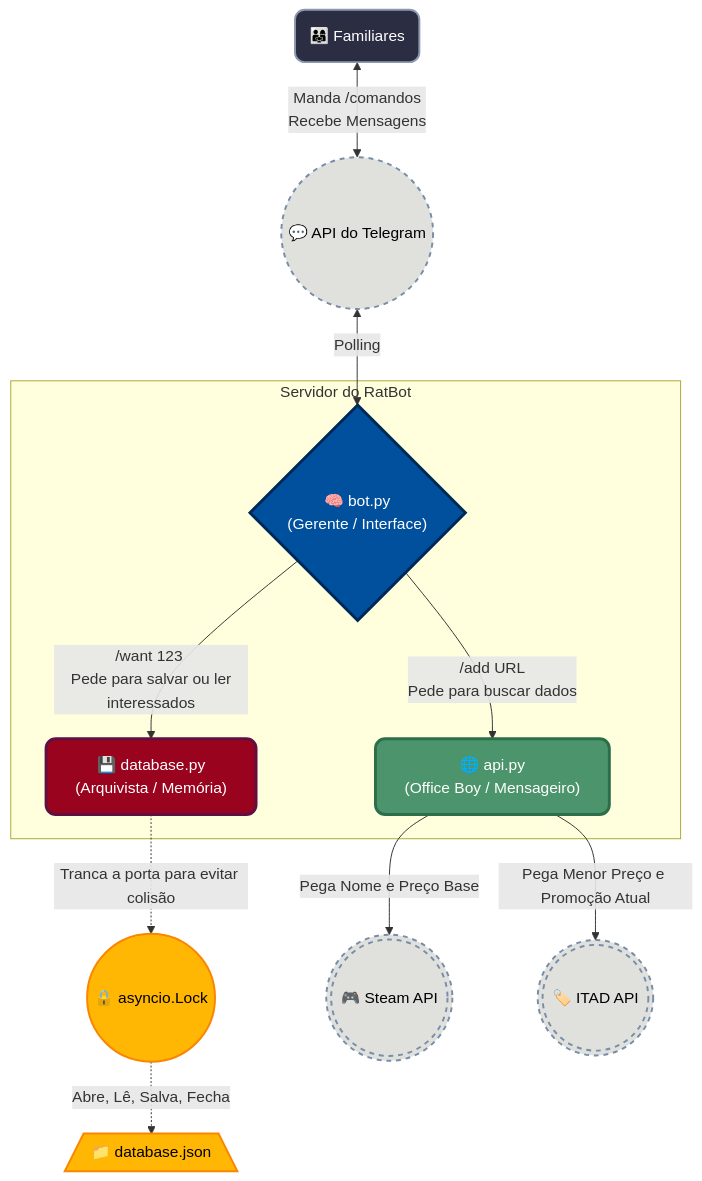
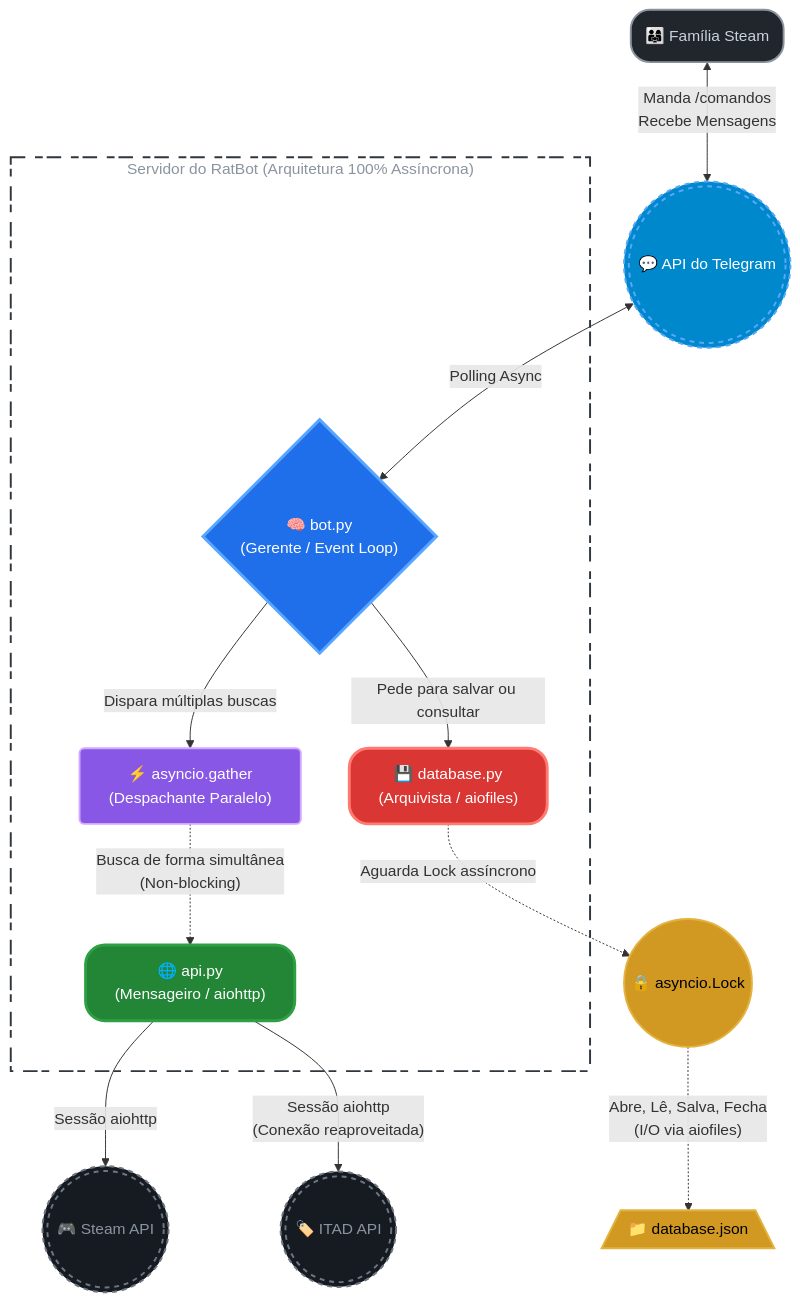
The diagram in README.md (Lplucas/Maushold), drawn with Mermaid before and after one commit. The commit also changed other lines of this file and 6 other files, not shown here.

Commit message:
feat(async): migra I/O e HTTP para aiohttp e aiofiles

````diff
--- a/README.md
+++ b/README.md
@@ -36,45 +36,55 @@
 ```mermaid
 graph TD
-    %% Estilos Globais
-    classDef user fill:#2b2d42,stroke:#8d99ae,stroke-width:2px,color:#fff,rx:10,ry:10
-    classDef bot fill:#00509d,stroke:#002855,stroke-width:3px,color:#fff,rx:10,ry:10
-    classDef api fill:#4c956c,stroke:#2c6e49,stroke-width:3px,color:#fff,rx:10,ry:10
-    classDef db fill:#9a031e,stroke:#5f0f40,stroke-width:3px,color:#fff,rx:10,ry:10
-    classDef external fill:#e0e1dd,stroke:#778da9,stroke-width:2px,color:#000,stroke-dasharray: 5 5,rx:10,ry:10
-    classDef file fill:#ffb703,stroke:#fb8500,stroke-width:2px,color:#000
-    
+    %% Estilos Globais (Otimizados com a Paleta Nativa do GitHub Dark Mode)
+    classDef user fill:#21262d,stroke:#8b949e,stroke-width:2px,color:#c9d1d9,rx:20,ry:20
+    classDef bot fill:#1f6feb,stroke:#58a6ff,stroke-width:3px,color:#ffffff,rx:20,ry:20
+    classDef api fill:#238636,stroke:#2ea043,stroke-width:3px,color:#ffffff,rx:20,ry:20
+    classDef db fill:#da3633,stroke:#ff7b72,stroke-width:3px,color:#ffffff,rx:20,ry:20
+    classDef external fill:#161b22,stroke:#6e7681,stroke-width:2px,color:#8b949e,stroke-dasharray: 5 5,rx:10,ry:10
+    classDef telegrm fill:#0088cc,stroke:#58a6ff,stroke-width:2px,color:#ffffff,stroke-dasharray: 5 5,rx:10,ry:10
+    classDef file fill:#d29922,stroke:#e3b341,stroke-width:2px,color:#000000
+    classDef async fill:#8957e5,stroke:#d2a8ff,stroke-width:2px,color:#ffffff,rx:5,ry:5
+    classDef spacer fill:none,stroke:none,color:transparent
+
     %% Atores e Sistemas
-    User(👨‍👩‍👧 Familiares):::user
-    Telegram((💬 API do Telegram)):::external
+    User(👨‍👩‍👧 Família Steam):::user
+    Telegram(((💬 API do Telegram))):::telegrm
 
     %% Nódulos do Nosso App
-    subgraph APP["Servidor do RatBot"]
-        Manager{"🧠 bot.py\n(Gerente / Interface)"}:::bot
-        Messenger["🌐 api.py\n(Office Boy / Mensageiro)"]:::api
-        Archivist["💾 database.py\n(Arquivista / Memória)"]:::db
+    subgraph APP["Servidor do RatBot (Arquitetura 100% Assíncrona)"]
+        Space[ ]:::spacer
+        Manager{"🧠 bot.py<br>(Gerente / Event Loop)"}:::bot
+        Messenger["🌐 api.py<br>(Mensageiro / aiohttp)"]:::api
+        Archivist["💾 database.py<br>(Arquivista / aiofiles)"]:::db
+        Paralelismo["⚡ asyncio.gather<br>(Despachante Paralelo)"]:::async
+        Space ~~~ Manager
     end
 
     %% Recursos Locais
     Lock((🔒 asyncio.Lock)):::file
     Arquivo[/"📁 database.json"\]:::file
 
     %% Recursos Externos
     Steam(((🎮 Steam API))):::external
     ITAD(((🏷️ ITAD API))):::external
 
     %% Conexões do Usuário
-    User <-->|Manda /comandos\nRecebe Mensagens| Telegram
-    Telegram <-->|Polling| Manager
+    User <-->|"Manda /comandos<br>Recebe Mensagens"| Telegram
+    Telegram <-->|Polling Async| Manager
 
     %% Conexões Internas do App
-    Manager -->|"/add URL" \n Pede para buscar dados| Messenger
-    Manager -->|"/want 123" \n Pede para salvar ou ler interessados| Archivist
+    Manager -->|Dispara múltiplas buscas| Paralelismo
+    Paralelismo -.->|"Busca de forma simultânea<br>(Non-blocking)"| Messenger
+    Manager -->|Pede para salvar ou consultar| Archivist
 
     %% Conexões do Mensageiro (API)
-    Messenger -->|Pega Nome e Preço Base| Steam
-    Messenger -->|Pega Menor Preço e Promoção Atual| ITAD
+    Messenger -->|Sessão aiohttp| Steam
+    Messenger -->|"Sessão aiohttp<br>(Conexão reaproveitada)"| ITAD
 
     %% Conexões do Arquivista (DB)
-    Archivist -.->|Tranca a porta para evitar colisão| Lock
-    Lock -.->|Abre, Lê, Salva, Fecha| Arquivo
+    Archivist -.->|Aguarda Lock assíncrono| Lock
+    Lock -.->|"Abre, Lê, Salva, Fecha<br>(I/O via aiofiles)"| Arquivo
+
+    %% Estilo do Servidor (Fundo transparente, borda padrão GitHub de demarcação)
+    style APP fill:transparent,stroke:#30363d,stroke-width:2px,stroke-dasharray: 15 10 8 4,color:#8b949e
 ```
````
